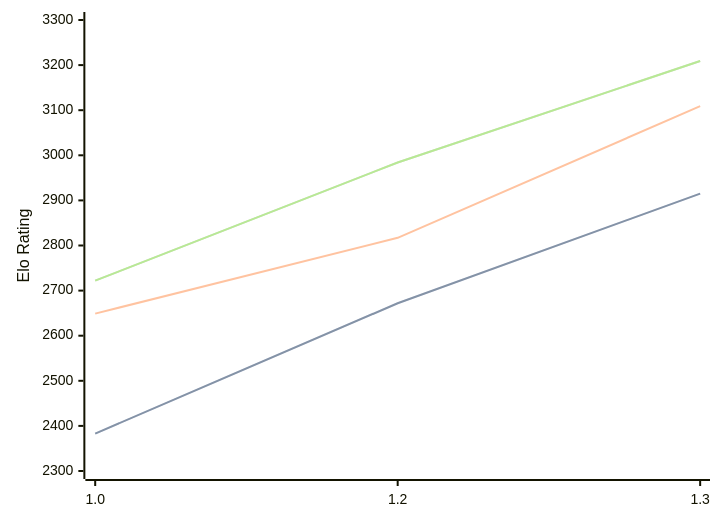
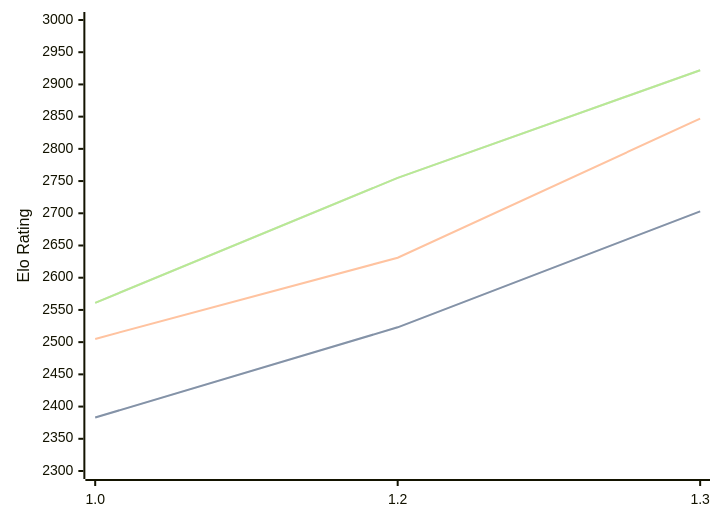
The diagram in engines/Chessnix.md (computer-chess-index/cci), drawn with Mermaid before and after one commit. The commit also changed other lines of this file, not shown here.

Commit message:
Update CCI Ratings (ELO VLTC) - 2026-02-23

````diff
--- a/engines/Chessnix.md
+++ b/engines/Chessnix.md
@@ -31,11 +31,11 @@
 ```mermaid
 %%{init: {"theme":"base","themeVariables":{"seriesColors:['#a3a3a3','#222221','#faa371']}}}%%
 xychart-beta
   x-axis ["1.0", "1.2", "1.3"]
-  y-axis "Elo Rating" 2300 --> 3300
-  line "STC (8.0+0.08s)" [2383, 2672, 2915]
-  line "STC (8.0+0.08s)" [2383, 2672, 2915]
-  line "LTC (60.0+0.60s)" [2649, 2817, 3109]
-  line "VLTC (2m24s+1.12s)" [2722, 2984, 3209]
-  line "VLTC (2m24s+1.12s)" [2722, 2984, 3209]
+  y-axis "Elo Rating" 2300 --> 3000
+  line "STC (8.0+0.08s)" [2383, 2523, 2703]
+  line "STC (8.0+0.08s)" [2383, 2523, 2703]
+  line "LTC (60.0+0.60s)" [2505, 2631, 2847]
+  line "VLTC (2m24s+1.12s)" [2561, 2755, 2922]
+  line "VLTC (2m24s+1.12s)" [2561, 2755, 2922]
 ```
````
